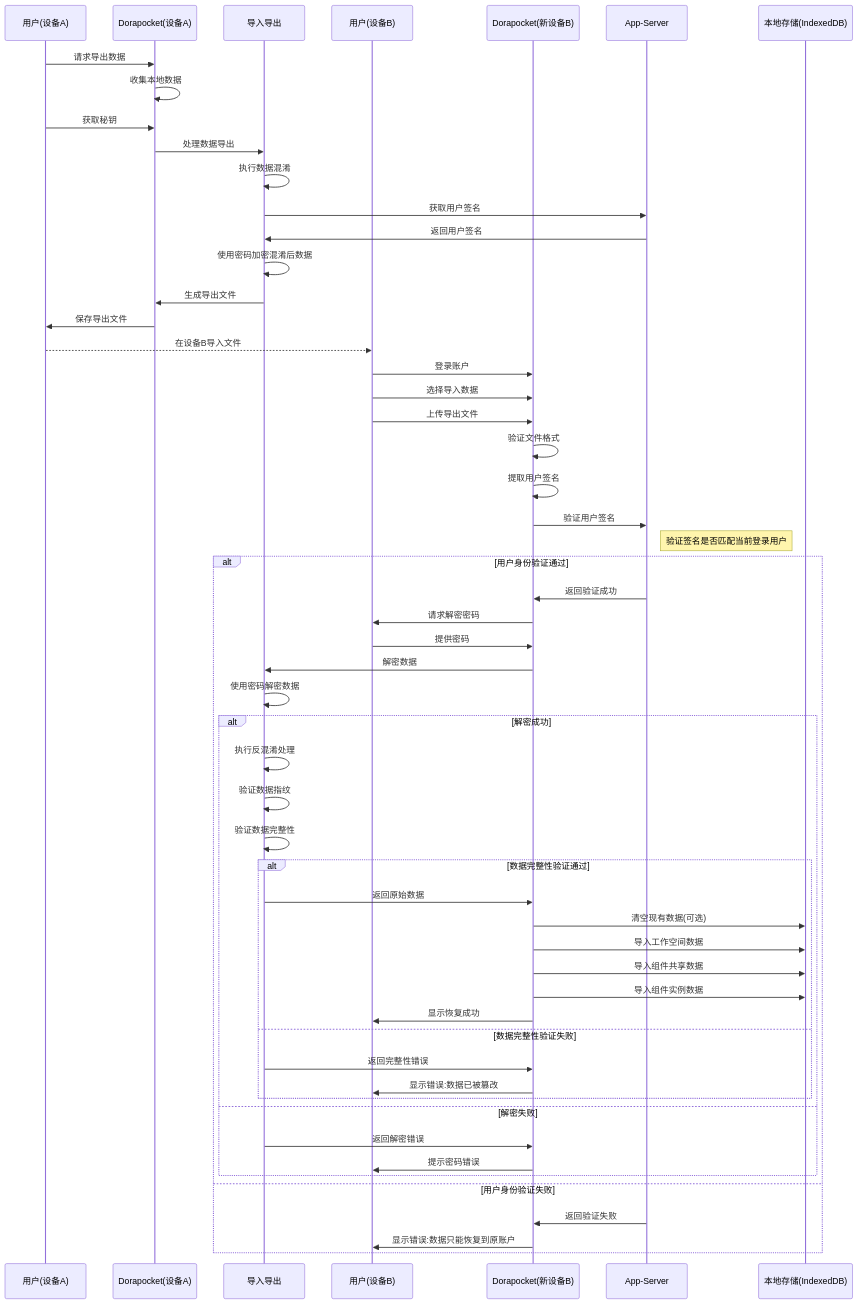
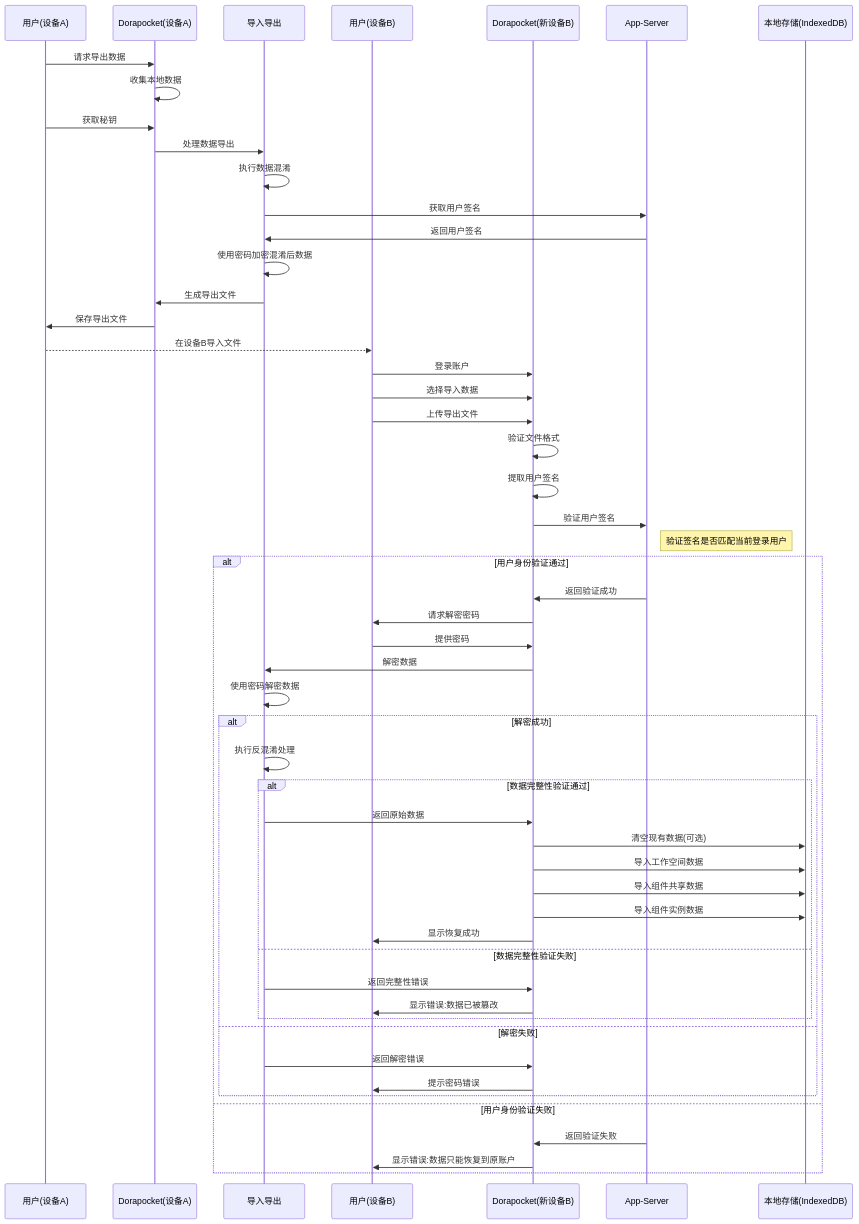
Before and after one commit to yingjianzh/iodraw-files: the diagram in all/未命名-34.md, drawn with Mermaid.

Commit message:
2025-04-17 16:56:59 update

````diff
--- a/all/未命名-34.md
+++ b/all/未命名-34.md
@@ -1,70 +1,69 @@
 ```mermaid
 sequenceDiagram
     participant UserOld as 用户(设备A)
     participant AppOld as Dorapocket(设备A)
     participant Security as 导入导出
     participant UserNew as 用户(设备B)
     participant AppNew as Dorapocket(新设备B)
     participant AppServer as App-Server
     participant LocalDB as 本地存储(IndexedDB)
     
     %% 导出流程
     UserOld->>AppOld: 请求导出数据
     AppOld->>AppOld: 收集本地数据
     UserOld->>AppOld: 获取秘钥
     
     AppOld->>Security: 处理数据导出
     Security->>Security: 执行数据混淆
     Security->>AppServer: 获取用户签名
     AppServer->>Security: 返回用户签名
     Security->>Security: 使用密码加密混淆后数据
     Security->>AppOld: 生成导出文件
     AppOld->>UserOld: 保存导出文件
     
     %% 传输文件(由用户完成)
     UserOld-->>UserNew: 在设备B导入文件
     
     %% 恢复流程
     UserNew->>AppNew: 登录账户
     UserNew->>AppNew: 选择导入数据
     UserNew->>AppNew: 上传导出文件
     
     AppNew->>AppNew: 验证文件格式
     AppNew->>AppNew: 提取用户签名
     
     AppNew->>AppServer: 验证用户签名
     note right of AppServer: 验证签名是否匹配当前登录用户
     
     alt 用户身份验证通过
         AppServer->>AppNew: 返回验证成功
         AppNew->>UserNew: 请求解密密码
         UserNew->>AppNew: 提供密码
         
         AppNew->>Security: 解密数据
         Security->>Security: 使用密码解密数据
         
         alt 解密成功
             Security->>Security: 执行反混淆处理
-            Security->>Security: 验证数据指纹
-            Security->>Security: 验证数据完整性
+            
             
             alt 数据完整性验证通过
                 Security->>AppNew: 返回原始数据
                 AppNew->>LocalDB: 清空现有数据(可选)
                 AppNew->>LocalDB: 导入工作空间数据
                 AppNew->>LocalDB: 导入组件共享数据
                 AppNew->>LocalDB: 导入组件实例数据
                 AppNew->>UserNew: 显示恢复成功
             else 数据完整性验证失败
                 Security->>AppNew: 返回完整性错误
                 AppNew->>UserNew: 显示错误:数据已被篡改
             end
         else 解密失败
             Security->>AppNew: 返回解密错误
             AppNew->>UserNew: 提示密码错误
         end
     else 用户身份验证失败
         AppServer->>AppNew: 返回验证失败
         AppNew->>UserNew: 显示错误:数据只能恢复到原账户
     end
 ```
````
